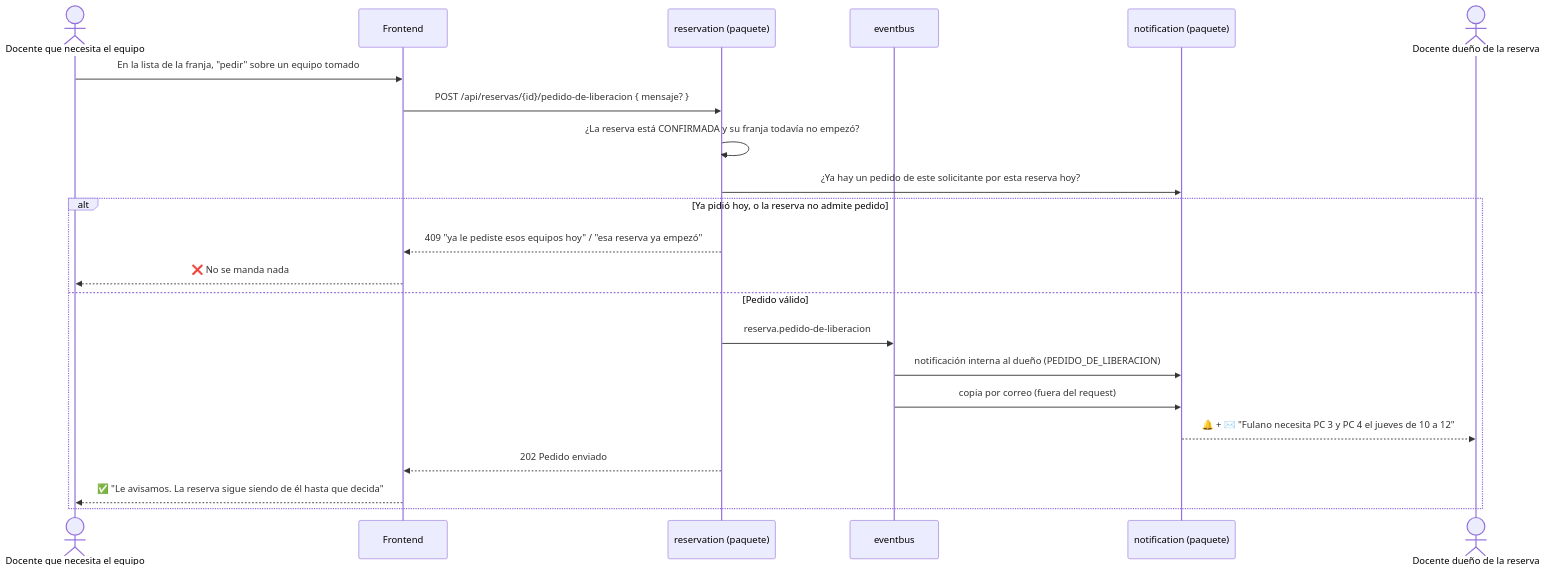
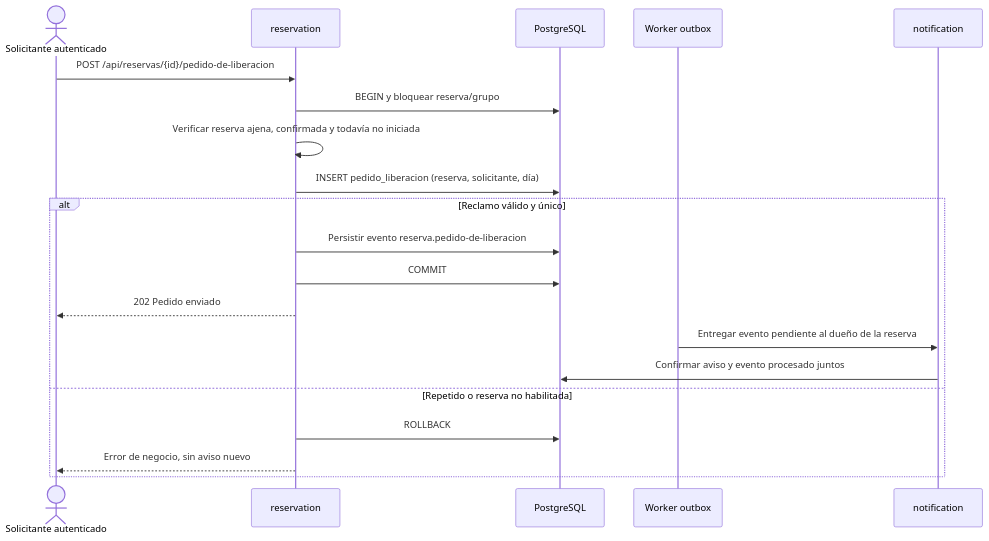
One commit to agustin-y2k/sgrc changed the fourth of 15 diagrams in docs/04-diagramas-secuencia.md. Above: the diagram before and after it, drawn with Mermaid. The commit also changed other lines of this file and 14 other files, not shown here.

````diff
--- a/docs/04-diagramas-secuencia.md
+++ b/docs/04-diagramas-secuencia.md
@@ -132,25 +127,22 @@
 ```mermaid
 sequenceDiagram
-    actor U as Docente que necesita el equipo
-    participant FE as Frontend
-    participant RES as reservation (paquete)
-    participant EB as eventbus
-    participant NOT as notification (paquete)
-    actor D as Docente dueño de la reserva
-
-    U->>FE: En la lista de la franja, "pedir" sobre un equipo tomado
-    FE->>RES: POST /api/reservas/{id}/pedido-de-liberacion { mensaje? }
-    RES->>RES: ¿La reserva está CONFIRMADA y su franja todavía no empezó?
-    RES->>NOT: ¿Ya hay un pedido de este solicitante por esta reserva hoy?
-    alt Ya pidió hoy, o la reserva no admite pedido
-        RES-->>FE: 409 "ya le pediste esos equipos hoy" / "esa reserva ya empezó"
-        FE-->>U: ❌ No se manda nada
-    else Pedido válido
-        RES->>EB: reserva.pedido-de-liberacion
-        EB->>NOT: notificación interna al dueño (PEDIDO_DE_LIBERACION)
-        EB->>NOT: copia por correo (fuera del request)
-        NOT-->>D: 🔔 + ✉️ "Fulano necesita PC 3 y PC 4 el jueves de 10 a 12"
-        RES-->>FE: 202 Pedido enviado
-        FE-->>U: ✅ "Le avisamos. La reserva sigue siendo de él hasta que decida"
+    actor U as Solicitante autenticado
+    participant RES as reservation
+    participant DB as PostgreSQL
+    participant W as Worker outbox
+    participant NOT as notification
+    U->>RES: POST /api/reservas/{id}/pedido-de-liberacion
+    RES->>DB: BEGIN y bloquear reserva/grupo
+    RES->>RES: Verificar reserva ajena, confirmada y todavía no iniciada
+    RES->>DB: INSERT pedido_liberacion (reserva, solicitante, día)
+    alt Reclamo válido y único
+        RES->>DB: Persistir evento reserva.pedido-de-liberacion
+        RES->>DB: COMMIT
+        RES-->>U: 202 Pedido enviado
+        W->>NOT: Entregar evento pendiente al dueño de la reserva
+        NOT->>DB: Confirmar aviso y evento procesado juntos
+    else Repetido o reserva no habilitada
+        RES->>DB: ROLLBACK
+        RES-->>U: Error de negocio, sin aviso nuevo
     end
 ```
````
